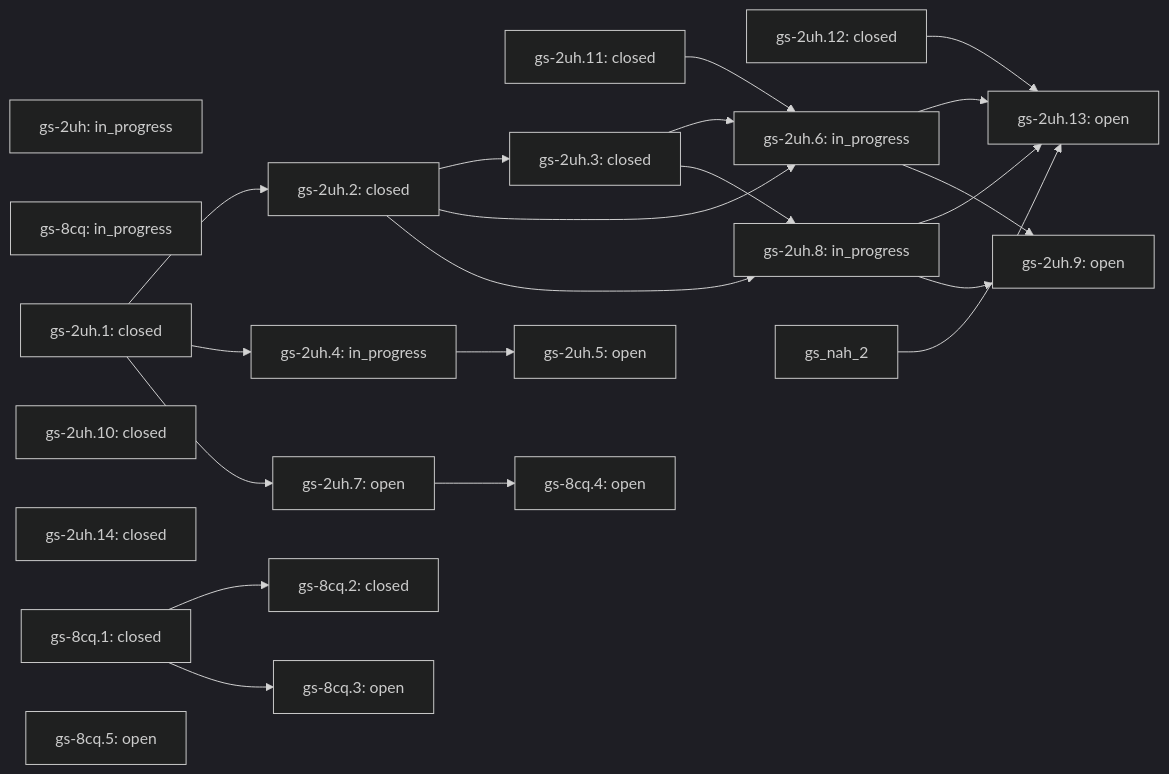
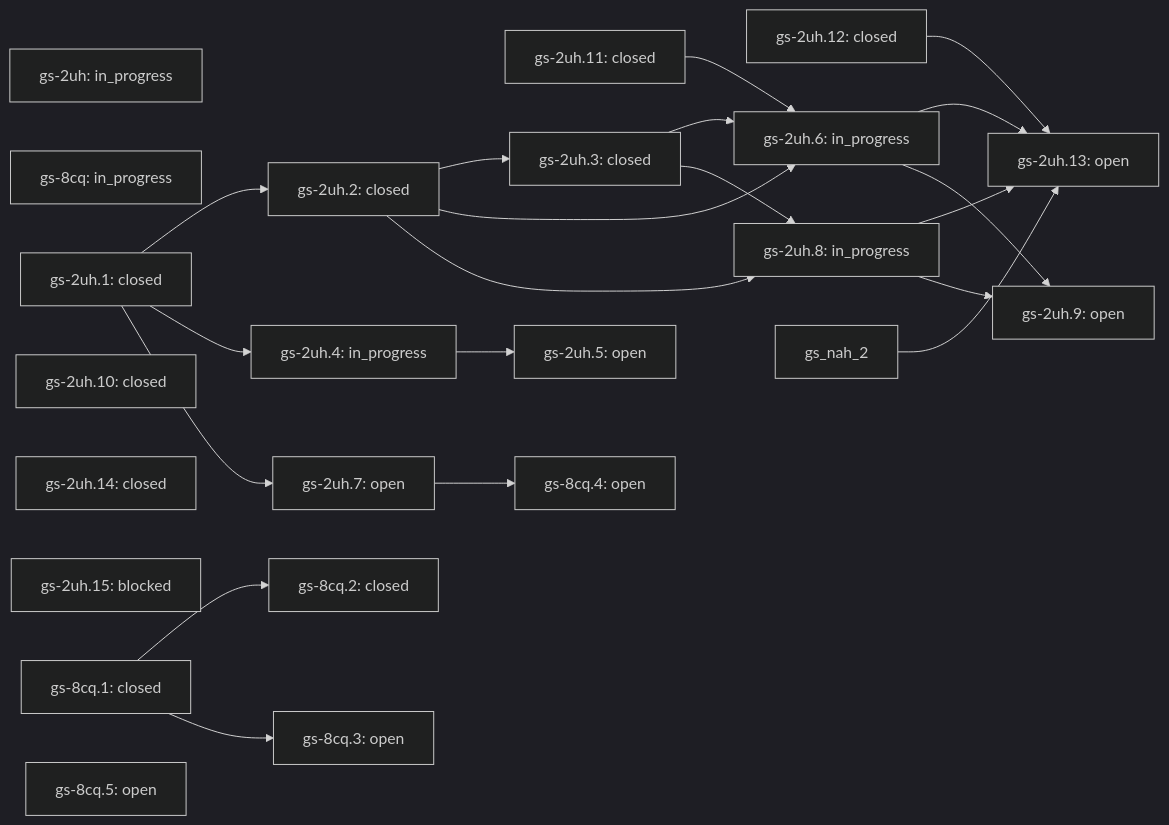
Before and after one commit to lifeofgurpreet/G-Skills: the diagram in docs/skills/vps-health/ROADMAP.md, drawn with Mermaid (dark theme). The commit also changed other lines of this file and 24 other files, not shown here.

````diff
--- a/docs/skills/vps-health/ROADMAP.md
+++ b/docs/skills/vps-health/ROADMAP.md
@@ -33,43 +34,44 @@
 ```mermaid
 flowchart LR
   gs_2uh["gs-2uh: in_progress"]
   gs_8cq["gs-8cq: in_progress"]
   gs_2uh_1["gs-2uh.1: closed"]
   gs_2uh_10["gs-2uh.10: closed"]
   gs_2uh_11["gs-2uh.11: closed"]
   gs_2uh_12["gs-2uh.12: closed"]
   gs_2uh_13["gs-2uh.13: open"]
   gs_2uh_12 --> gs_2uh_13
   gs_2uh_6 --> gs_2uh_13
   gs_2uh_8 --> gs_2uh_13
   gs_nah_2 --> gs_2uh_13
   gs_2uh_14["gs-2uh.14: closed"]
+  gs_2uh_15["gs-2uh.15: blocked"]
   gs_2uh_2["gs-2uh.2: closed"]
   gs_2uh_1 --> gs_2uh_2
   gs_2uh_3["gs-2uh.3: closed"]
   gs_2uh_2 --> gs_2uh_3
   gs_2uh_4["gs-2uh.4: in_progress"]
   gs_2uh_1 --> gs_2uh_4
   gs_2uh_5["gs-2uh.5: open"]
   gs_2uh_4 --> gs_2uh_5
   gs_2uh_6["gs-2uh.6: in_progress"]
   gs_2uh_11 --> gs_2uh_6
   gs_2uh_2 --> gs_2uh_6
   gs_2uh_3 --> gs_2uh_6
   gs_2uh_8["gs-2uh.8: in_progress"]
   gs_2uh_2 --> gs_2uh_8
   gs_2uh_3 --> gs_2uh_8
   gs_8cq_1["gs-8cq.1: closed"]
   gs_8cq_2["gs-8cq.2: closed"]
   gs_8cq_1 --> gs_8cq_2
   gs_2uh_7["gs-2uh.7: open"]
   gs_2uh_1 --> gs_2uh_7
   gs_2uh_9["gs-2uh.9: open"]
   gs_2uh_6 --> gs_2uh_9
   gs_2uh_8 --> gs_2uh_9
   gs_8cq_3["gs-8cq.3: open"]
   gs_8cq_1 --> gs_8cq_3
   gs_8cq_4["gs-8cq.4: open"]
   gs_2uh_7 --> gs_8cq_4
   gs_8cq_5["gs-8cq.5: open"]
 ```
````
